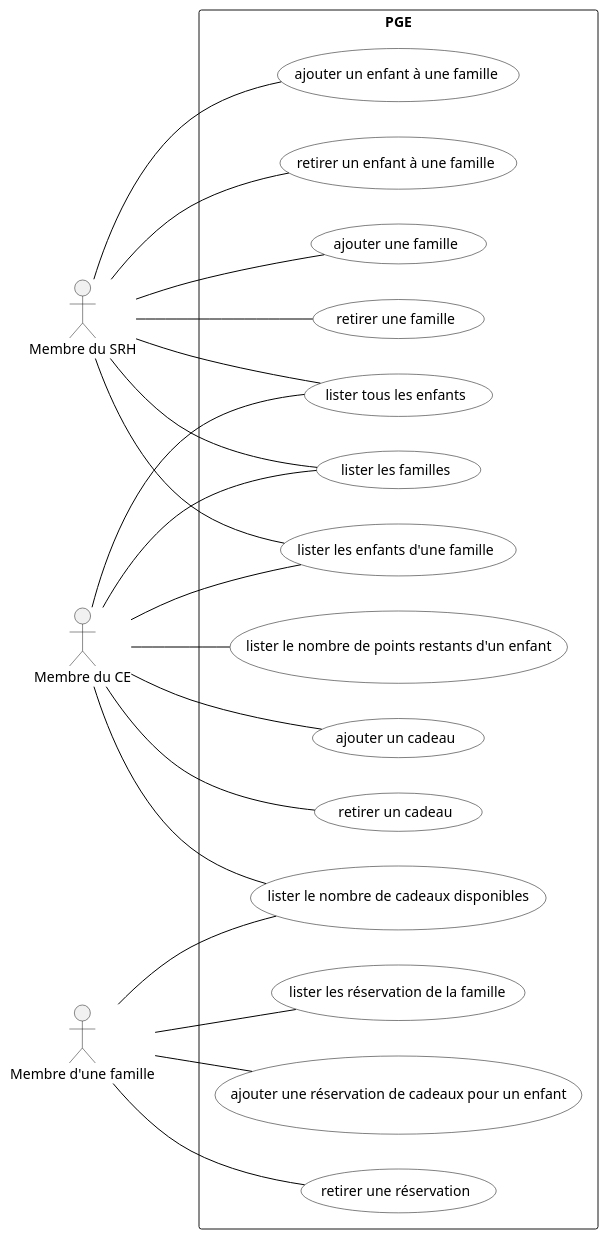
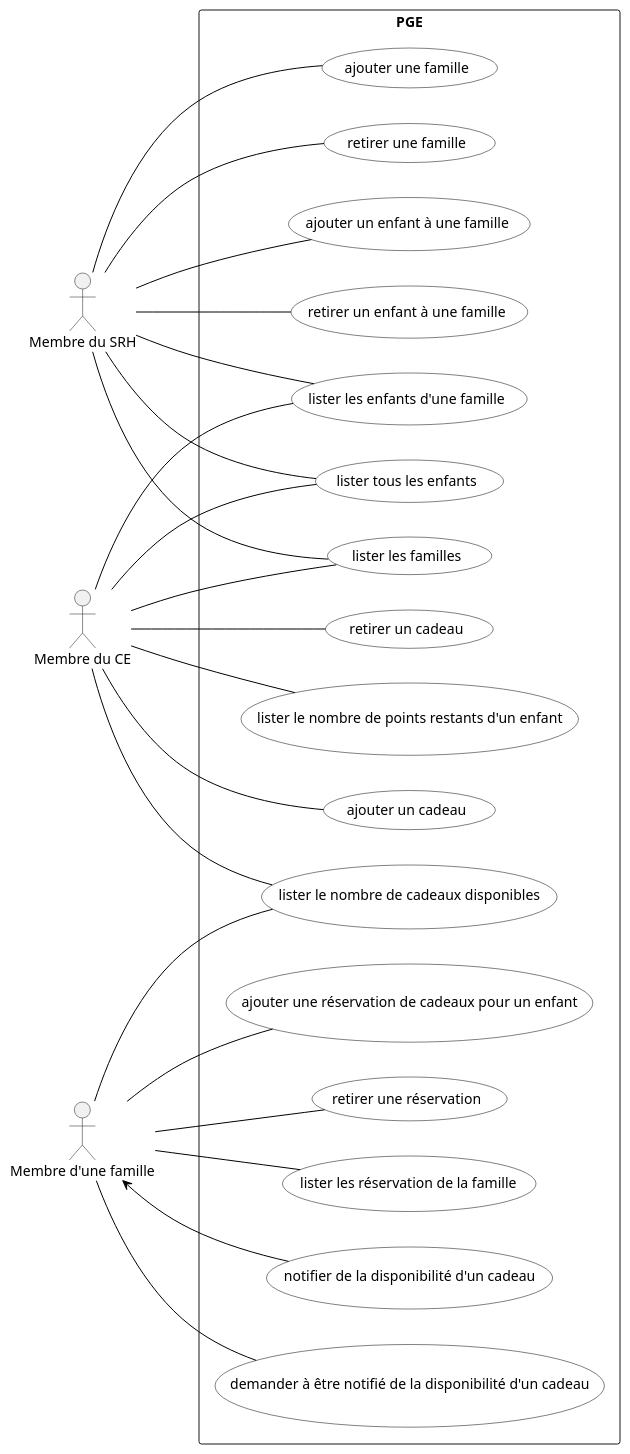
One commit to yasminebelmaaziz/dev_logiciel changed the diagram in Diagrammes/pge_uml_diag_cas_utilisation.pu. Above: the diagram before and after it, drawn with PlantUML. The commit also changed 8 other files, not shown here.

```diff
--- a/Diagrammes/pge_uml_diag_cas_utilisation.pu
+++ b/Diagrammes/pge_uml_diag_cas_utilisation.pu
@@ -1,37 +1,42 @@
 @startuml
 skinparam usecase {
 BackgroundColor White
 BorderColor Black
 ArrowColor Black
 ActorBackgroundColor<< Human >> Gold
 }
 
 left to right direction
 
 actor RH as "Membre du SRH"
 actor CE as "Membre du CE"
 actor Famille as "Membre d'une famille"
 
 rectangle "PGE" {
 :RH: -- (ajouter une famille)
 :RH: -- (retirer une famille)
 :RH: -- (lister les familles)
 :RH: -- (ajouter un enfant à une famille)
 :RH: -- (retirer un enfant à une famille)
 :RH: -- (lister les enfants d'une famille)
 :RH: -- (lister tous les enfants)
 
 :CE: -- (lister tous les enfants)
 :CE: -- (lister les familles)
 :CE: -- (lister les enfants d'une famille)
 
 :CE: -- (ajouter un cadeau)
 :CE: -- (retirer un cadeau)
 :CE: -- (lister le nombre de points restants d'un enfant)
 :CE: -- (lister le nombre de cadeaux disponibles)
 :Famille: --(ajouter une réservation de cadeaux pour un enfant)
 :Famille: --(retirer une réservation)
 :Famille: --(lister le nombre de cadeaux disponibles)
 :Famille: --(lister les réservation de la famille)
+
+:Famille: <--(notifier de la disponibilité d'un cadeau)
+:Famille: --(demander à être notifié de la disponibilité d'un cadeau)
+
+
 }
 @enduml
```
